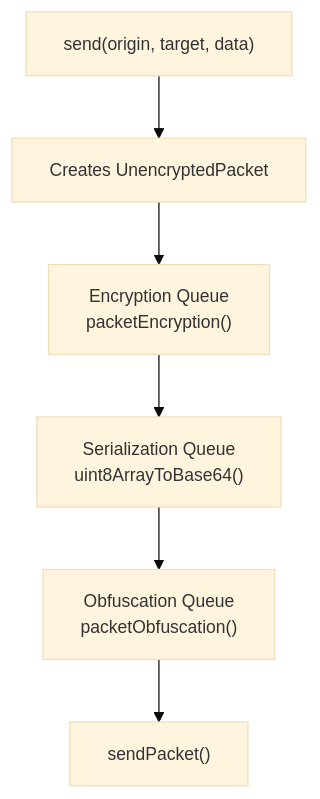
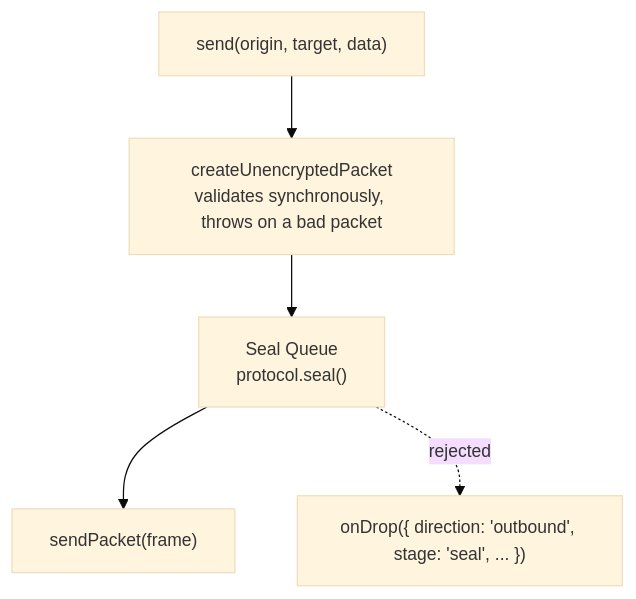
The sixth of 8 diagrams in libs/network-protocol/ARCHITECTURE.md (AndrewRedican/hyperfrontend), drawn with Mermaid before and after one commit. The commit also changed other lines of this file and 28 other files, not shown here.

````diff
--- a/libs/network-protocol/ARCHITECTURE.md
+++ b/libs/network-protocol/ARCHITECTURE.md
@@ -470,21 +622,19 @@
 ```mermaid
 ---
 config:
   theme: base
   themeVariables:
     fontSize: 14px
 ---
 flowchart TB
     A["send(origin, target, data)"]
-    B["Creates UnencryptedPacket"]
-    C["Encryption Queue<br/>packetEncryption()"]
-    D["Serialization Queue<br/>uint8ArrayToBase64()"]
-    E["Obfuscation Queue<br/>packetObfuscation()"]
-    F["sendPacket()"]
+    B["createUnencryptedPacket<br/>validates synchronously, throws on a bad packet"]
+    C["Seal Queue<br/>protocol.seal()"]
+    D["sendPacket(frame)"]
+    E["onDrop({ direction: 'outbound', stage: 'seal', ... })"]
 
     A --> B
     B --> C
     C --> D
-    D --> E
-    E --> F
+    C -.->|rejected| E
 ```
````
